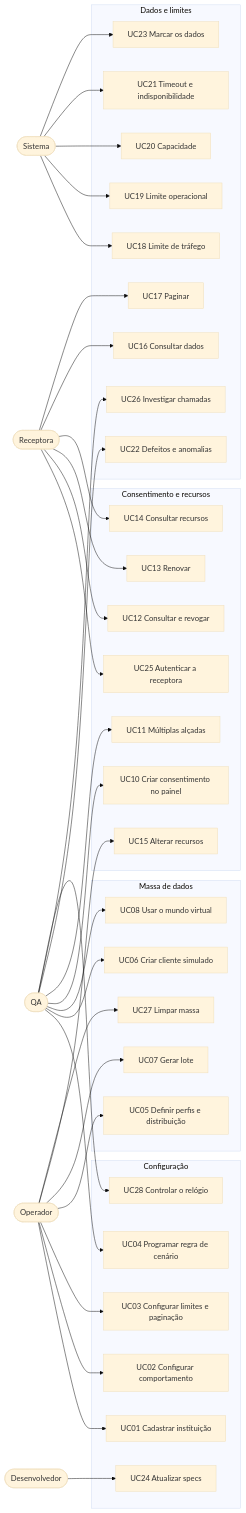
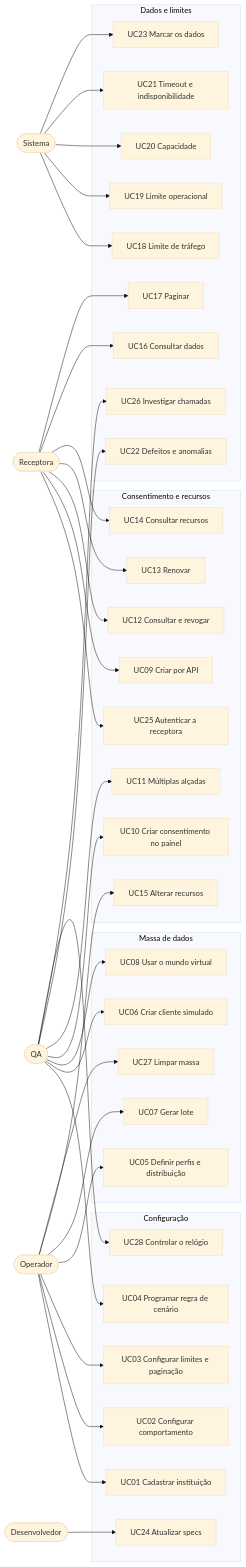
One commit to marcelosotto/open-finance-simulator changed the diagram in docs/01-requisitos/casos-de-uso/README.md. Above: the diagram before and after it, drawn with Mermaid (base theme). The commit also changed other lines of this file and 10 other files, not shown here.

````diff
--- a/docs/01-requisitos/casos-de-uso/README.md
+++ b/docs/01-requisitos/casos-de-uso/README.md
@@ -17,50 +17,51 @@
 ```mermaid
 flowchart LR
   O([Operador])
   Q([QA])
   D([Desenvolvedor])
   R([Receptora])
   S([Sistema])
 
   subgraph Config["Configuração"]
     UC01[UC01 Cadastrar instituição]
     UC02[UC02 Configurar comportamento]
     UC03[UC03 Configurar limites e paginação]
     UC04[UC04 Programar regra de cenário]
     UC24[UC24 Atualizar specs]
     UC28[UC28 Controlar o relógio]
   end
   subgraph Massa["Massa de dados"]
     UC05[UC05 Definir perfis e distribuição]
     UC06[UC06 Criar cliente simulado]
     UC07[UC07 Gerar lote]
     UC08[UC08 Usar o mundo virtual]
     UC27[UC27 Limpar massa]
   end
   subgraph Cons["Consentimento e recursos"]
     UC25[UC25 Autenticar a receptora]
+    UC09[UC09 Criar por API]
     UC10[UC10 Criar consentimento no painel]
     UC11[UC11 Múltiplas alçadas]
     UC12[UC12 Consultar e revogar]
     UC13[UC13 Renovar]
     UC14[UC14 Consultar recursos]
     UC15[UC15 Alterar recursos]
   end
   subgraph APIs["Dados e limites"]
     UC16[UC16 Consultar dados]
     UC17[UC17 Paginar]
     UC18[UC18 Limite de tráfego]
     UC19[UC19 Limite operacional]
     UC20[UC20 Capacidade]
     UC21[UC21 Timeout e indisponibilidade]
     UC22[UC22 Defeitos e anomalias]
     UC23[UC23 Marcar os dados]
     UC26[UC26 Investigar chamadas]
   end
 
   O --> UC01 & UC02 & UC03 & UC05 & UC07 & UC15 & UC27
   D --> UC24
   Q --> UC04 & UC06 & UC08 & UC10 & UC11 & UC22 & UC26 & UC28
-  R --> UC25 & UC12 & UC13 & UC14 & UC16 & UC17
+  R --> UC25 & UC09 & UC12 & UC13 & UC14 & UC16 & UC17
   S --> UC18 & UC19 & UC20 & UC21 & UC23
 ```
````
